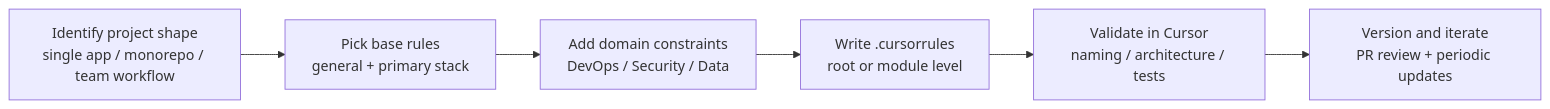
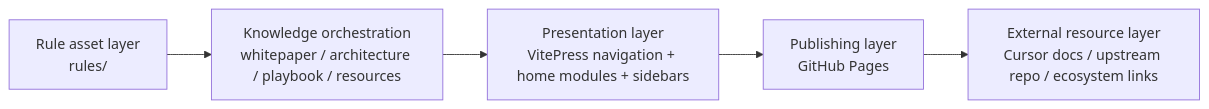
The diagram in docs/en/index.md (LessUp/awesome-cursorrules-zh), drawn with Mermaid before and after one commit. The commit also changed other lines of this file and 24 other files, not shown here.

Commit message:
feat: redesign pages architecture

````diff
--- a/docs/en/index.md
+++ b/docs/en/index.md
@@ -69,8 +144,7 @@
 ```mermaid
 flowchart LR
-    A[Identify project shape<br/>single app / monorepo / team workflow] --> B[Pick base rules<br/>general + primary stack]
-    B --> C[Add domain constraints<br/>DevOps / Security / Data]
-    C --> D[Write .cursorrules<br/>root or module level]
-    D --> E[Validate in Cursor<br/>naming / architecture / tests]
-    E --> F[Version and iterate<br/>PR review + periodic updates]
+    A[Rule asset layer<br/>rules/] --> B[Knowledge orchestration<br/>whitepaper / architecture / playbook / resources]
+    B --> C[Presentation layer<br/>VitePress navigation + home modules + sidebars]
+    C --> D[Publishing layer<br/>GitHub Pages]
+    D --> E[External resource layer<br/>Cursor docs / upstream repo / ecosystem links]
 ```
````
